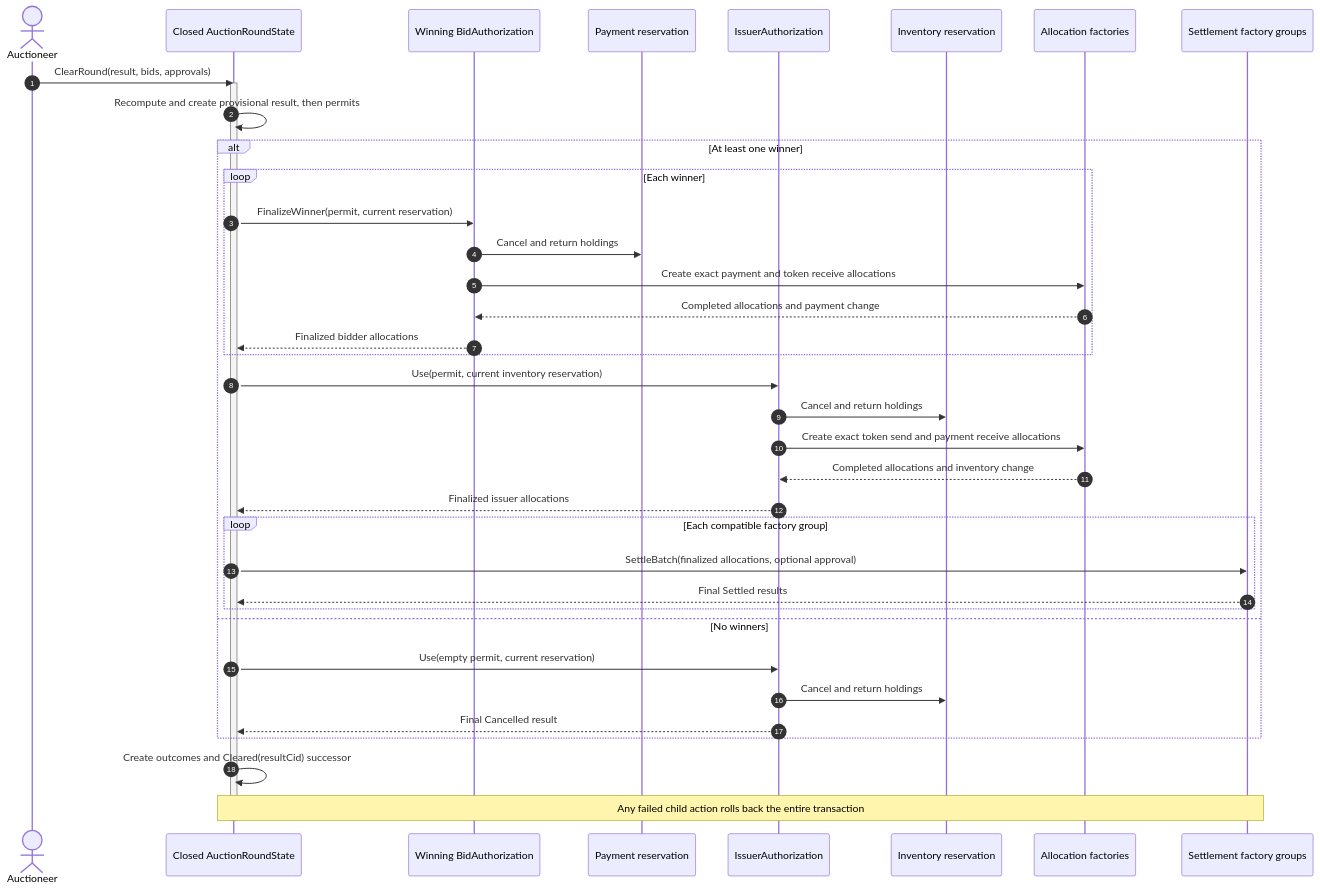
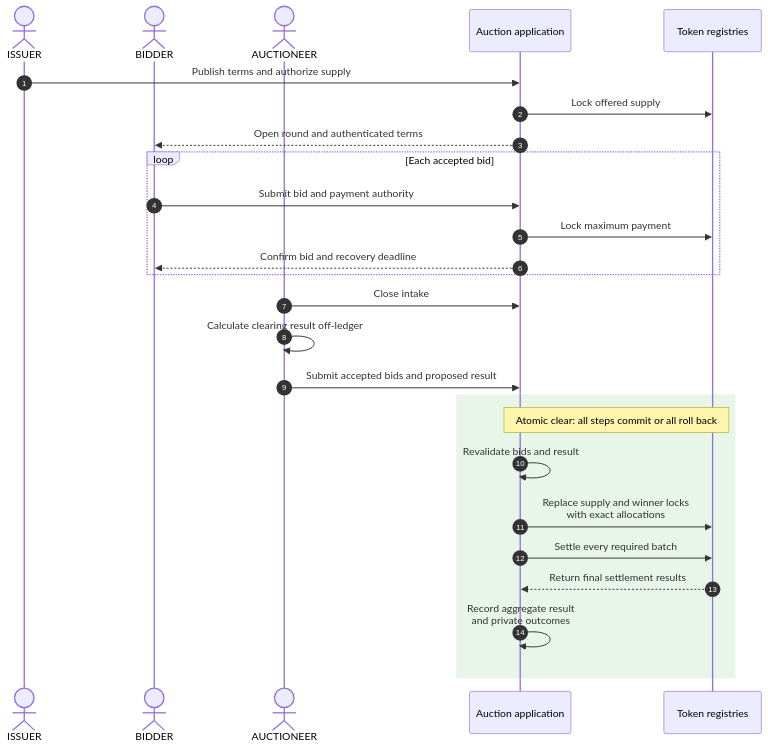
Before and after one commit to OpenZeppelin/canton-specs: the third of 3 diagrams in docs/reference-architectures/confidential-auction.md, drawn with Mermaid. The commit also changed other lines of this file, not shown here.

````diff
--- a/docs/reference-architectures/confidential-auction.md
+++ b/docs/reference-architectures/confidential-auction.md
@@ -889,41 +328,29 @@
 ```mermaid
 sequenceDiagram
     autonumber
-    actor Executor as Auctioneer
-    participant Round as Closed AuctionRoundState
-    participant Bid as Winning BidAuthorization
-    participant PayLock as Payment reservation
-    participant Issuer as IssuerAuthorization
-    participant Inventory as Inventory reservation
-    participant Factory as Allocation factories
-    participant Settle as Settlement factory groups
+    actor Issuer as ISSUER
+    actor Bidder as BIDDER
+    actor Auctioneer as AUCTIONEER
+    participant App as Auction application
+    participant Assets as Token registries
 
-    Executor->>Round: ClearRound(result, bids, approvals)
-    activate Round
-    Round->>Round: Recompute and create provisional result, then permits
-    alt At least one winner
-        loop Each winner
-            Round->>Bid: FinalizeWinner(permit, current reservation)
-            Bid->>PayLock: Cancel and return holdings
-            Bid->>Factory: Create exact payment and token receive allocations
-            Factory-->>Bid: Completed allocations and payment change
-            Bid-->>Round: Finalized bidder allocations
-        end
-        Round->>Issuer: Use(permit, current inventory reservation)
-        Issuer->>Inventory: Cancel and return holdings
-        Issuer->>Factory: Create exact token send and payment receive allocations
-        Factory-->>Issuer: Completed allocations and inventory change
-        Issuer-->>Round: Finalized issuer allocations
-        loop Each compatible factory group
-            Round->>Settle: SettleBatch(finalized allocations, optional approval)
-            Settle-->>Round: Final Settled results
-        end
-    else No winners
-        Round->>Issuer: Use(empty permit, current reservation)
-        Issuer->>Inventory: Cancel and return holdings
-        Issuer-->>Round: Final Cancelled result
+    Issuer->>App: Publish terms and authorize supply
+    App->>Assets: Lock offered supply
+    App-->>Bidder: Open round and authenticated terms
+    loop Each accepted bid
+        Bidder->>App: Submit bid and payment authority
+        App->>Assets: Lock maximum payment
+        App-->>Bidder: Confirm bid and recovery deadline
     end
-    Round->>Round: Create outcomes and Cleared(resultCid) successor
-    Note over Round,Settle: Any failed child action rolls back the entire transaction
-    deactivate Round
+    Auctioneer->>App: Close intake
+    Auctioneer->>Auctioneer: Calculate clearing result off-ledger
+    Auctioneer->>App: Submit accepted bids and proposed result
+    rect rgb(232, 245, 233)
+        Note over App,Assets: Atomic clear: all steps commit or all roll back
+        App->>App: Revalidate bids and result
+        App->>Assets: Replace supply and winner locks<br/>with exact allocations
+        App->>Assets: Settle every required batch
+        Assets-->>App: Return final settlement results
+        App->>App: Record aggregate result<br/>and private outcomes
+    end
 ```
````
